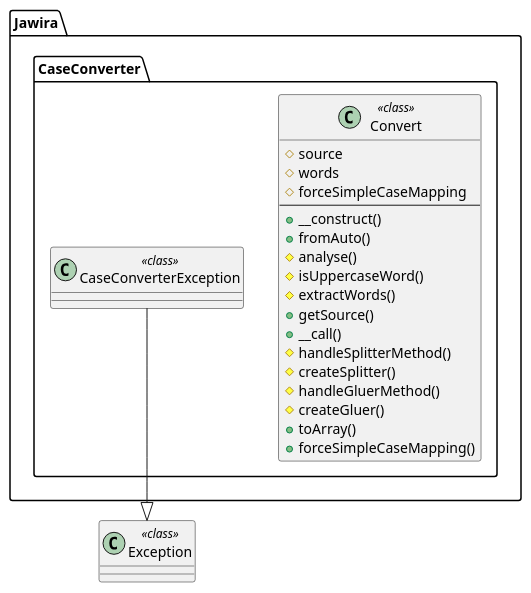
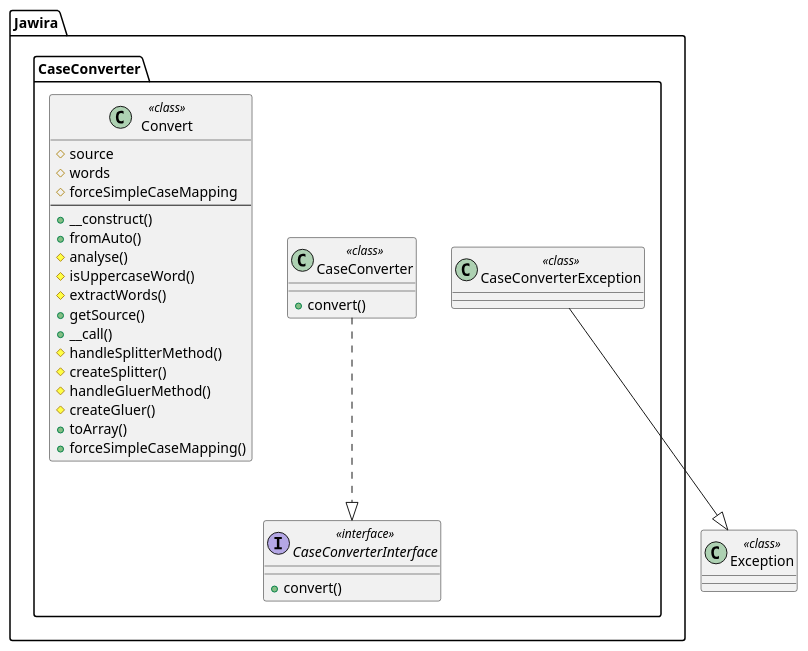
Before and after one commit to knm1/case-converter: the diagram in images/uml-case-converter.puml, drawn with PlantUML. The commit also changed 23 other files, not shown here.

```diff
--- a/images/uml-case-converter.puml
+++ b/images/uml-case-converter.puml
@@ -1,28 +1,35 @@
 @startuml
 namespace Jawira.CaseConverter  {
+	interface CaseConverterInterface << interface >> {
+		+convert()
+	}
+	class CaseConverter << class >> {
+		+convert()
+	}
+	class CaseConverterException << class >> {
+	}
 	class Convert << class >> {
 		#source
 		#words
 		#forceSimpleCaseMapping
 		--
 		+__construct()
 		+fromAuto()
 		#analyse()
 		#isUppercaseWord()
 		#extractWords()
 		+getSource()
 		+__call()
 		#handleSplitterMethod()
 		#createSplitter()
 		#handleGluerMethod()
 		#createGluer()
 		+toArray()
 		+forceSimpleCaseMapping()
 	}
-	class CaseConverterException << class >> {
-	}
 }
 	class Exception << class >> {
 	}
+Jawira.CaseConverter.CaseConverter ..|> Jawira.CaseConverter.CaseConverterInterface
 Jawira.CaseConverter.CaseConverterException --|> Exception
 @enduml
```
